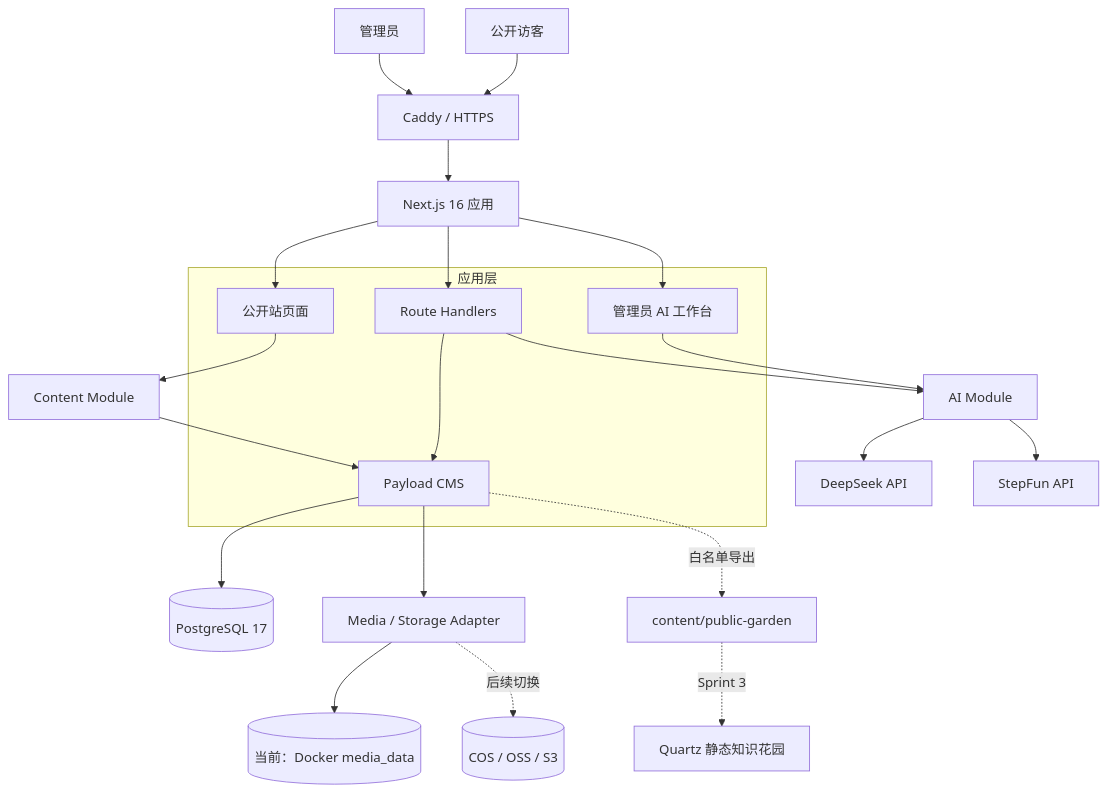
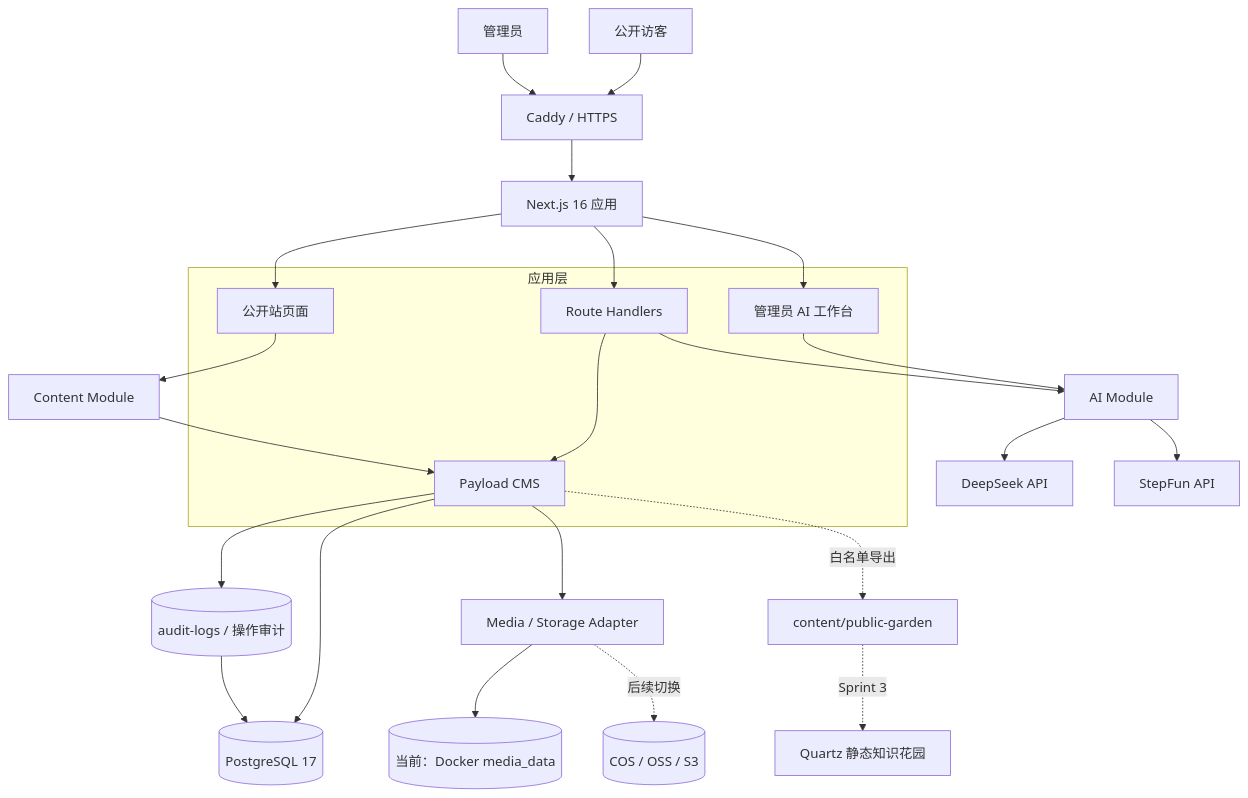
Before and after one commit to bseazh/Snorlaxden: the diagram in README.md, drawn with Mermaid. The commit also changed other lines of this file and 31 other files, not shown here.

````diff
--- a/README.md
+++ b/README.md
@@ -24,33 +24,35 @@
 ```mermaid
 flowchart TB
   Visitor[公开访客] --> Caddy[Caddy / HTTPS]
   Admin[管理员] --> Caddy
   Caddy --> Next[Next.js 16 应用]
 
   subgraph Web[应用层]
     Public[公开站页面]
     Studio[管理员 AI 工作台]
     Routes[Route Handlers]
     Payload[Payload CMS]
   end
 
   Next --> Public
   Next --> Studio
   Next --> Routes
   Routes --> Payload
   Public --> ContentModule[Content Module]
   ContentModule --> Payload
 
   Payload --> PostgreSQL[(PostgreSQL 17)]
+  Payload --> Audit[(audit-logs / 操作审计)]
+  Audit --> PostgreSQL
   Payload --> Media[Media / Storage Adapter]
   Media --> Local[(当前：Docker media_data)]
   Media -. 后续切换 .-> ObjectStorage[(COS / OSS / S3)]
 
   Studio --> AIModule[AI Module]
   Routes --> AIModule
   AIModule --> DeepSeek[DeepSeek API]
   AIModule --> StepFun[StepFun API]
 
   Payload -. 白名单导出 .-> Export[content/public-garden]
   Export -. Sprint 3 .-> Quartz[Quartz 静态知识花园]
 ```
````
